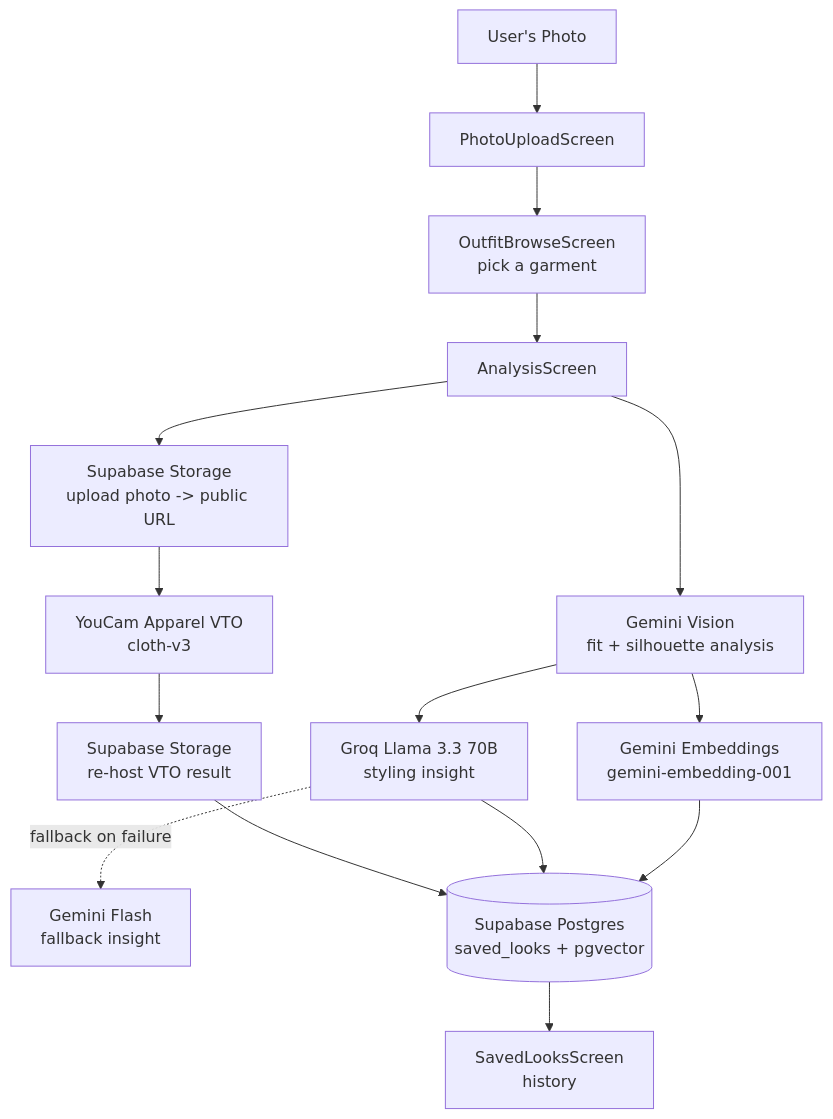
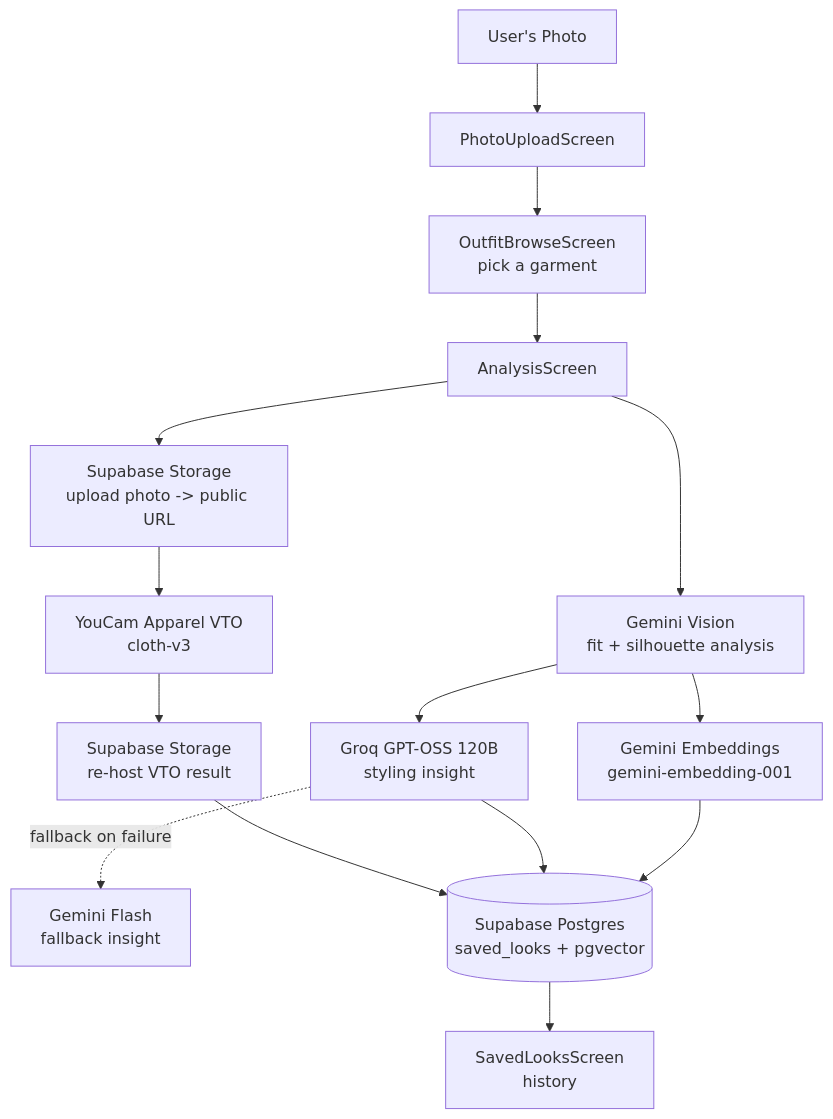
Before and after one commit to jaya6400/fashionU-app: the diagram in README.md, drawn with Mermaid. The commit also changed other lines of this file and 2 other files, not shown here.

First line of the commit message:
fix(ai): migrate Groq model from llama-3.3-70b-versatile to openai/gpt-oss-120b

````diff
--- a/README.md
+++ b/README.md
@@ -48,21 +40,21 @@
 ```mermaid
 flowchart TD
     U[User's Photo] --> PU[PhotoUploadScreen]
     PU --> OB[OutfitBrowseScreen<br/>pick a garment]
     OB --> AS[AnalysisScreen]
 
     AS --> UP[Supabase Storage<br/>upload photo -> public URL]
     UP --> VTO[YouCam Apparel VTO<br/>cloth-v3]
     VTO --> RH[Supabase Storage<br/>re-host VTO result]
 
     AS --> GV[Gemini Vision<br/>fit + silhouette analysis]
-    GV --> GQ[Groq Llama 3.3 70B<br/>styling insight]
+    GV --> GQ[Groq GPT-OSS 120B<br/>styling insight]
     GQ -.fallback on failure.-> GF[Gemini Flash<br/>fallback insight]
     GV --> EMB[Gemini Embeddings<br/>gemini-embedding-001]
 
     RH --> DB[(Supabase Postgres<br/>saved_looks + pgvector)]
     GQ --> DB
     EMB --> DB
 
     DB --> SL[SavedLooksScreen<br/>history]
 ```
````
